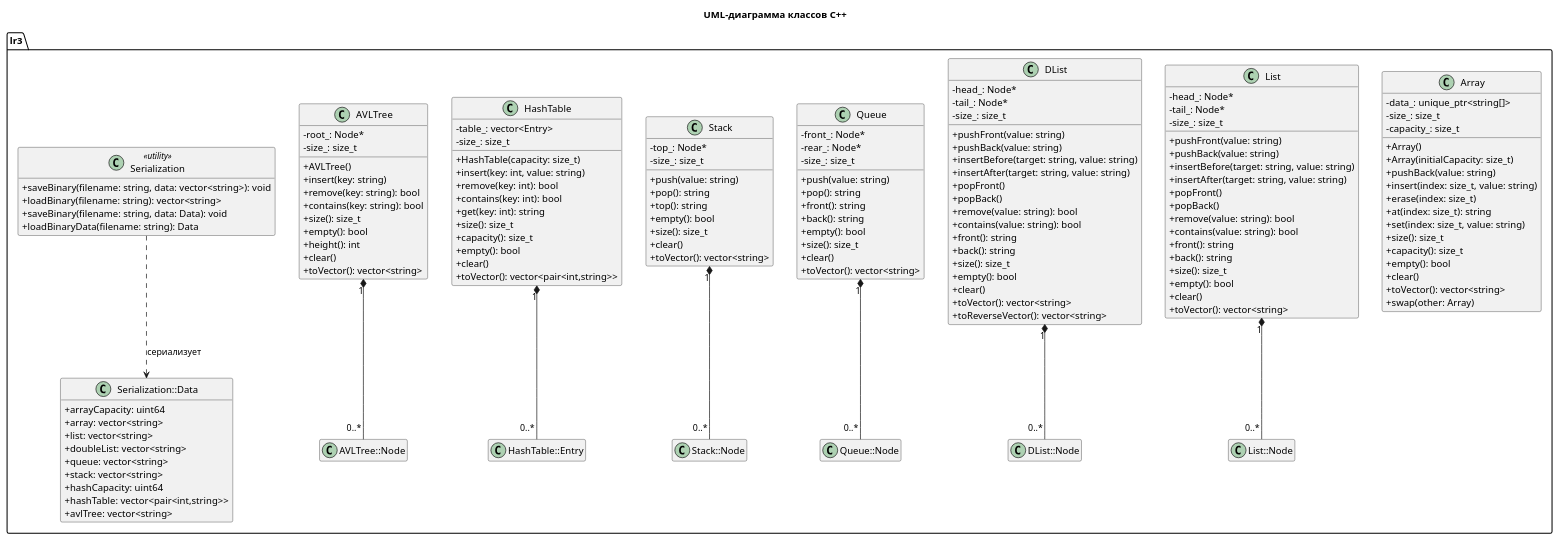
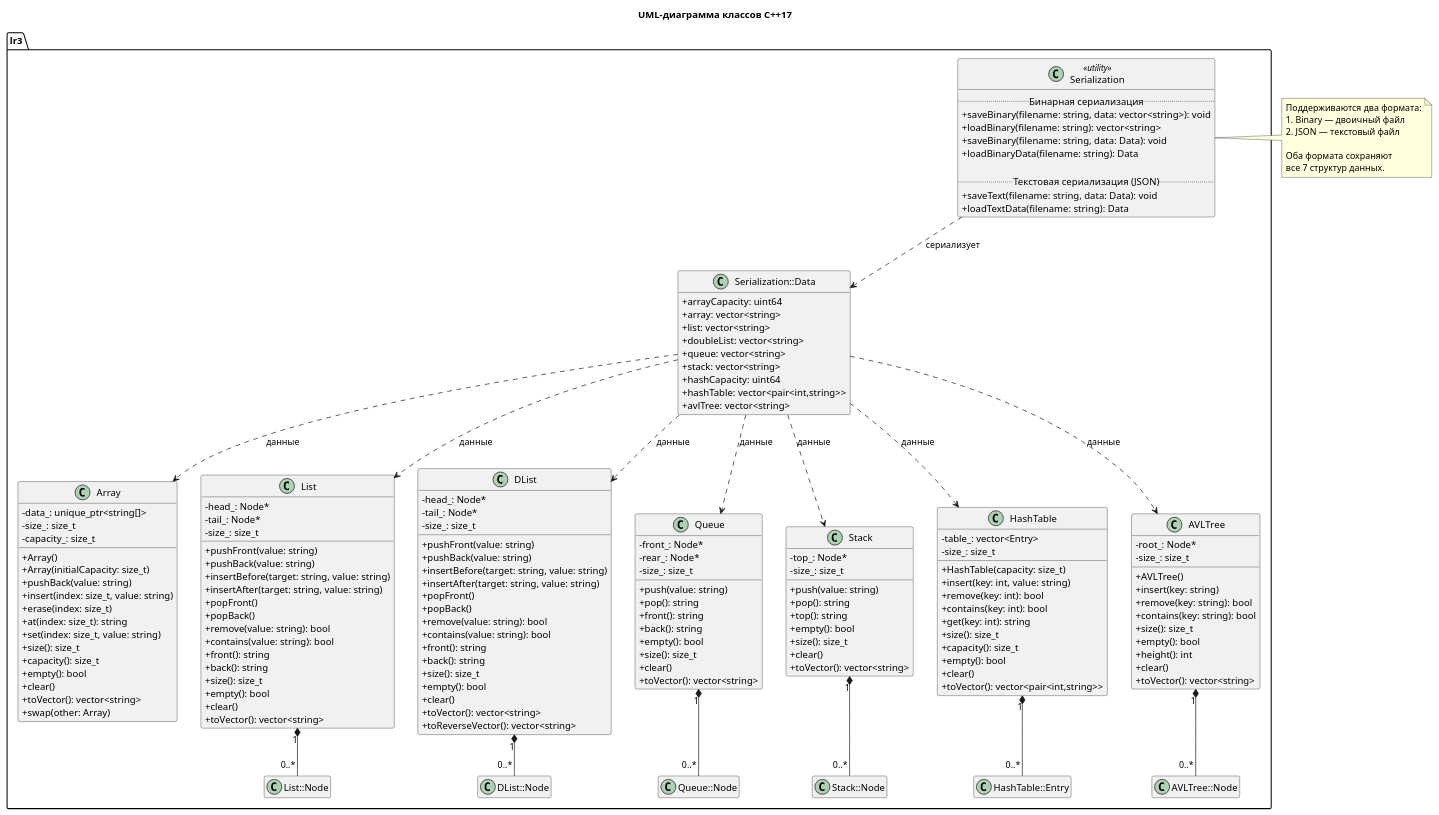
One commit to kossolap/LR3- changed the diagram in docs/uml/cpp.puml. Above: the diagram before and after it, drawn with PlantUML. The commit also changed 18 other files, not shown here.

Commit message:
Add binary and JSON serializa

```diff
--- a/docs/uml/cpp.puml
+++ b/docs/uml/cpp.puml
@@ -2,158 +2,181 @@
 @startuml
-title UML-диаграмма классов C++
+title UML-диаграмма классов C++17
 skinparam classAttributeIconSize 0
 hide empty members
 
 package "lr3" {
 
     class Array {
         - data_: unique_ptr<string[]>
         - size_: size_t
         - capacity_: size_t
         + Array()
         + Array(initialCapacity: size_t)
         + pushBack(value: string)
         + insert(index: size_t, value: string)
         + erase(index: size_t)
         + at(index: size_t): string
         + set(index: size_t, value: string)
         + size(): size_t
         + capacity(): size_t
         + empty(): bool
         + clear()
         + toVector(): vector<string>
         + swap(other: Array)
     }
 
     class List {
         - head_: Node*
         - tail_: Node*
         - size_: size_t
         + pushFront(value: string)
         + pushBack(value: string)
         + insertBefore(target: string, value: string)
         + insertAfter(target: string, value: string)
         + popFront()
         + popBack()
         + remove(value: string): bool
         + contains(value: string): bool
         + front(): string
         + back(): string
         + size(): size_t
         + empty(): bool
         + clear()
         + toVector(): vector<string>
     }
 
     class DList {
         - head_: Node*
         - tail_: Node*
         - size_: size_t
         + pushFront(value: string)
         + pushBack(value: string)
         + insertBefore(target: string, value: string)
         + insertAfter(target: string, value: string)
         + popFront()
         + popBack()
         + remove(value: string): bool
         + contains(value: string): bool
         + front(): string
         + back(): string
         + size(): size_t
         + empty(): bool
         + clear()
         + toVector(): vector<string>
         + toReverseVector(): vector<string>
     }
 
     class Queue {
         - front_: Node*
         - rear_: Node*
         - size_: size_t
         + push(value: string)
         + pop(): string
         + front(): string
         + back(): string
         + empty(): bool
         + size(): size_t
         + clear()
         + toVector(): vector<string>
     }
 
     class Stack {
         - top_: Node*
         - size_: size_t
         + push(value: string)
         + pop(): string
         + top(): string
         + empty(): bool
         + size(): size_t
         + clear()
         + toVector(): vector<string>
     }
 
     class HashTable {
         - table_: vector<Entry>
         - size_: size_t
         + HashTable(capacity: size_t)
         + insert(key: int, value: string)
         + remove(key: int): bool
         + contains(key: int): bool
         + get(key: int): string
         + size(): size_t
         + capacity(): size_t
         + empty(): bool
         + clear()
         + toVector(): vector<pair<int,string>>
     }
 
     class AVLTree {
         - root_: Node*
         - size_: size_t
         + AVLTree()
         + insert(key: string)
         + remove(key: string): bool
         + contains(key: string): bool
         + size(): size_t
         + empty(): bool
         + height(): int
         + clear()
         + toVector(): vector<string>
     }
 
     class Serialization <<utility>> {
+        .. Бинарная сериализация ..
         + saveBinary(filename: string, data: vector<string>): void
         + loadBinary(filename: string): vector<string>
         + saveBinary(filename: string, data: Data): void
         + loadBinaryData(filename: string): Data
+
+        .. Текстовая сериализация (JSON) ..
+        + saveText(filename: string, data: Data): void
+        + loadTextData(filename: string): Data
     }
 
     class "Serialization::Data" as SerializationData {
         + arrayCapacity: uint64
         + array: vector<string>
         + list: vector<string>
         + doubleList: vector<string>
         + queue: vector<string>
         + stack: vector<string>
         + hashCapacity: uint64
         + hashTable: vector<pair<int,string>>
         + avlTree: vector<string>
     }
 
     class "List::Node" as ListNode
     class "DList::Node" as DListNode
     class "Queue::Node" as QueueNode
     class "Stack::Node" as StackNode
     class "AVLTree::Node" as AVLNode
     class "HashTable::Entry" as HashEntry
 
     List "1" *-- "0..*" ListNode
     DList "1" *-- "0..*" DListNode
     Queue "1" *-- "0..*" QueueNode
     Stack "1" *-- "0..*" StackNode
     AVLTree "1" *-- "0..*" AVLNode
     HashTable "1" *-- "0..*" HashEntry
 
     Serialization ..> SerializationData : сериализует
+
+    SerializationData ..> Array : данные
+    SerializationData ..> List : данные
+    SerializationData ..> DList : данные
+    SerializationData ..> Queue : данные
+    SerializationData ..> Stack : данные
+    SerializationData ..> HashTable : данные
+    SerializationData ..> AVLTree : данные
 }
+
+note right of Serialization
+  Поддерживаются два формата:
+  1. Binary — двоичный файл
+  2. JSON — текстовый файл
+
+  Оба формата сохраняют
+  все 7 структур данных.
+end note
+
 @enduml
```
